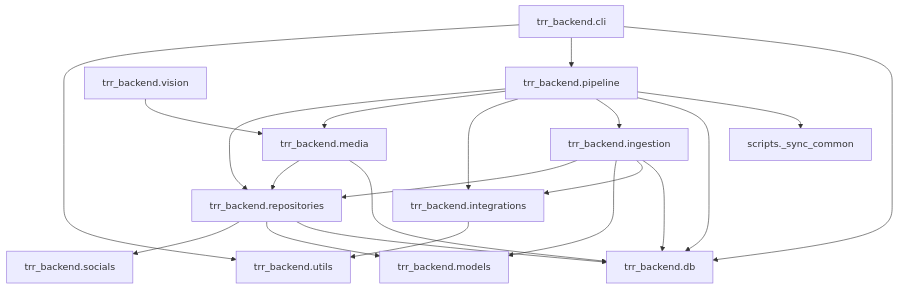
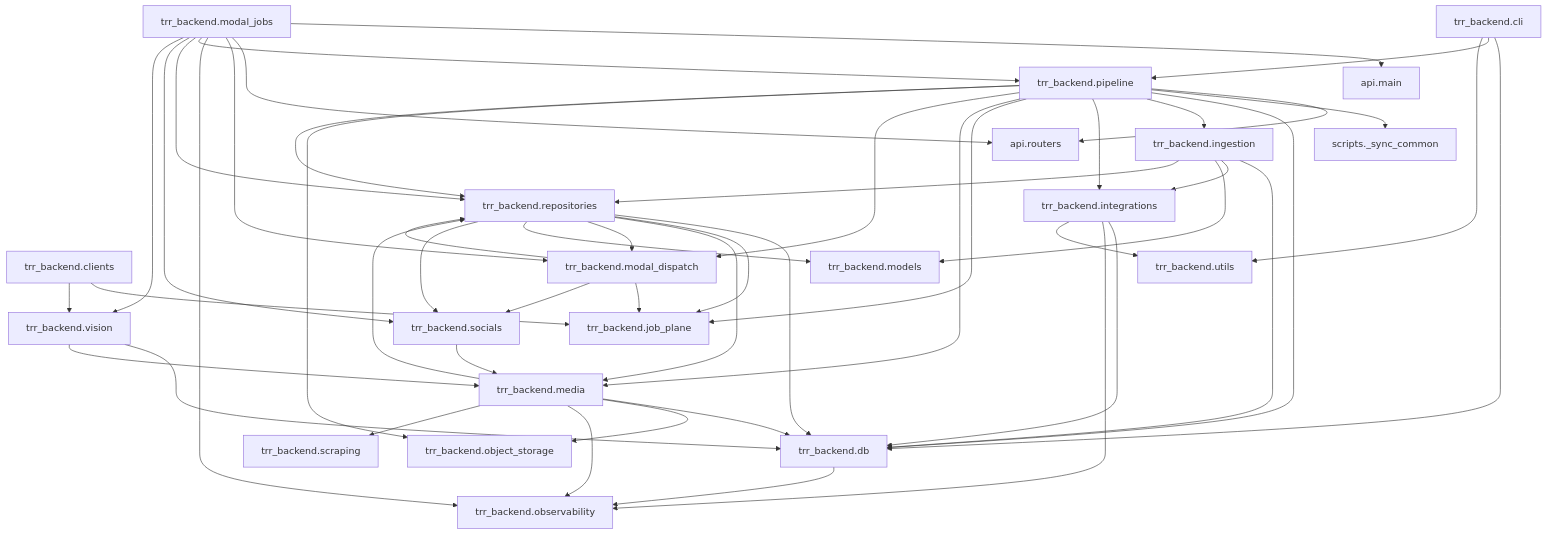
One commit to therealityreport/trr-backend changed the diagram in docs/Repository/generated/CODE_IMPORT_GRAPH.md. Above: the diagram before and after it, drawn with Mermaid. The commit also changed 154 other files, not shown here.

Commit message:
docs: refresh generated repository map and schema diagrams

````diff
--- a/docs/Repository/generated/CODE_IMPORT_GRAPH.md
+++ b/docs/Repository/generated/CODE_IMPORT_GRAPH.md
@@ -3,36 +3,73 @@
 ```mermaid
 flowchart TB
-    n0["scripts._sync_common"]
-    n1["trr_backend.cli"]
-    n2["trr_backend.db"]
-    n3["trr_backend.ingestion"]
-    n4["trr_backend.integrations"]
-    n5["trr_backend.media"]
-    n6["trr_backend.models"]
-    n7["trr_backend.pipeline"]
-    n8["trr_backend.repositories"]
-    n9["trr_backend.socials"]
-    n10["trr_backend.utils"]
-    n11["trr_backend.vision"]
+    n0["api.main"]
+    n1["api.routers"]
+    n2["scripts._sync_common"]
+    n3["trr_backend.cli"]
+    n4["trr_backend.clients"]
+    n5["trr_backend.db"]
+    n6["trr_backend.ingestion"]
+    n7["trr_backend.integrations"]
+    n8["trr_backend.job_plane"]
+    n9["trr_backend.media"]
+    n10["trr_backend.modal_dispatch"]
+    n11["trr_backend.modal_jobs"]
+    n12["trr_backend.models"]
+    n13["trr_backend.object_storage"]
+    n14["trr_backend.observability"]
+    n15["trr_backend.pipeline"]
+    n16["trr_backend.repositories"]
+    n17["trr_backend.scraping"]
+    n18["trr_backend.socials"]
+    n19["trr_backend.utils"]
+    n20["trr_backend.vision"]
 
-    n1 --> n2
-    n1 --> n7
-    n1 --> n10
-    n3 --> n2
-    n3 --> n4
-    n3 --> n6
-    n3 --> n8
-    n4 --> n10
-    n5 --> n2
-    n5 --> n8
-    n7 --> n0
-    n7 --> n2
-    n7 --> n3
-    n7 --> n4
+    n3 --> n5
+    n3 --> n15
+    n3 --> n19
+    n4 --> n8
+    n4 --> n20
+    n5 --> n14
+    n6 --> n5
+    n6 --> n7
+    n6 --> n12
+    n6 --> n16
     n7 --> n5
-    n7 --> n8
-    n8 --> n2
-    n8 --> n6
-    n8 --> n9
-    n11 --> n5
+    n7 --> n14
+    n7 --> n19
+    n9 --> n5
+    n9 --> n13
+    n9 --> n14
+    n9 --> n16
+    n9 --> n17
+    n10 --> n8
+    n10 --> n16
+    n10 --> n18
+    n11 --> n0
+    n11 --> n1
+    n11 --> n10
+    n11 --> n14
+    n11 --> n15
+    n11 --> n16
+    n11 --> n18
+    n11 --> n20
+    n15 --> n1
+    n15 --> n2
+    n15 --> n5
+    n15 --> n6
+    n15 --> n7
+    n15 --> n8
+    n15 --> n9
+    n15 --> n10
+    n15 --> n13
+    n15 --> n16
+    n16 --> n5
+    n16 --> n8
+    n16 --> n9
+    n16 --> n10
+    n16 --> n12
+    n16 --> n18
+    n18 --> n9
+    n20 --> n5
+    n20 --> n9
 ```
````
